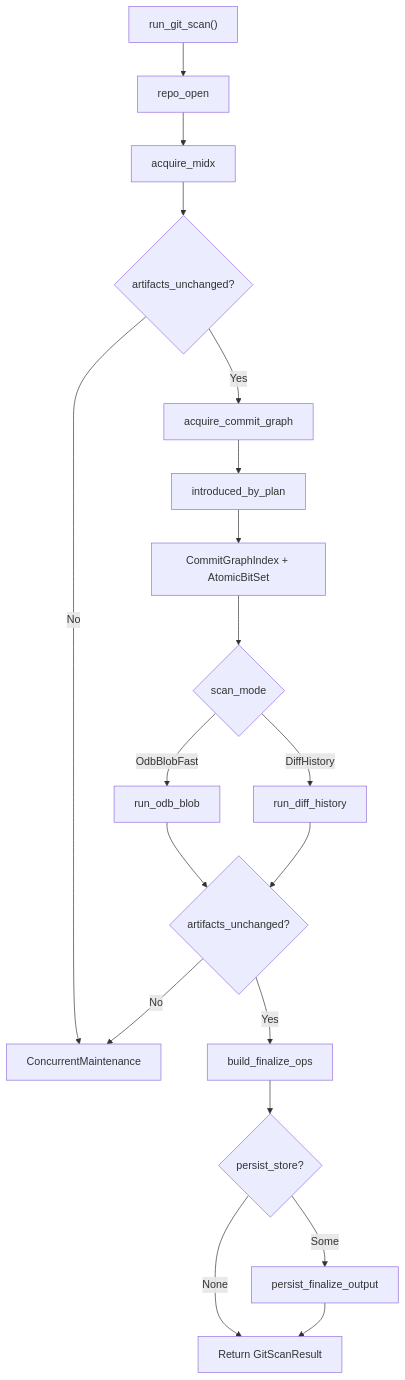
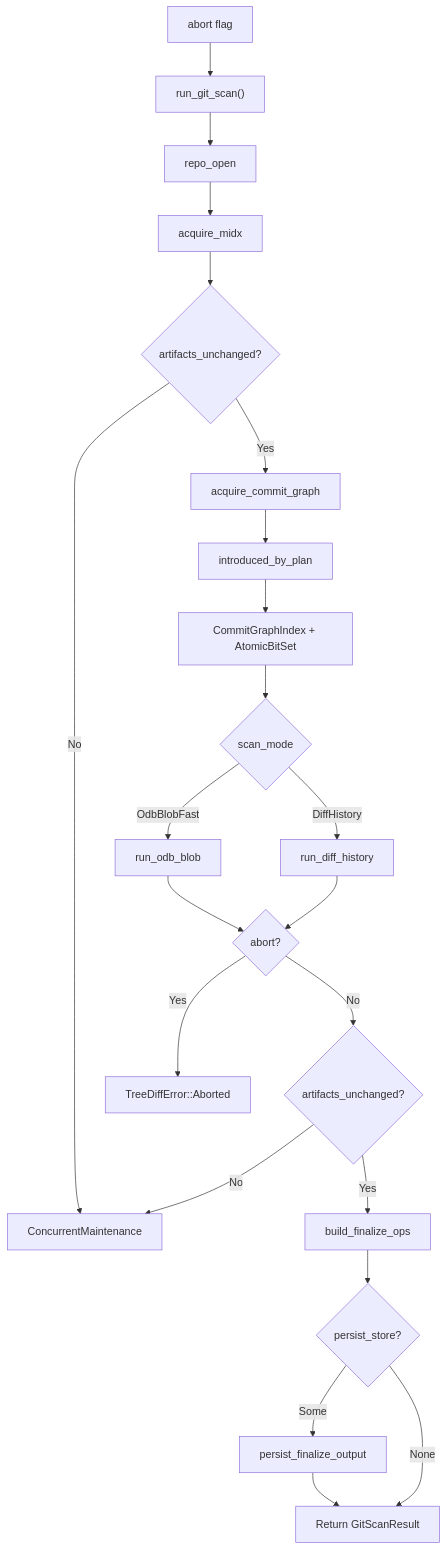
One commit to ahrav/Gossip-rs changed the diagram in docs/scanner-git/runner-orchestration.md. Above: the diagram before and after it, drawn with Mermaid. The commit also changed other lines of this file and 22 other files, not shown here.

````diff
--- a/docs/scanner-git/runner-orchestration.md
+++ b/docs/scanner-git/runner-orchestration.md
@@ -44,21 +46,24 @@
 ```mermaid
 flowchart TD
-    A["run_git_scan()"] --> B["repo_open"]
+    Cancel["abort flag"] --> A["run_git_scan()"]
+    A --> B["repo_open"]
     B --> C["acquire_midx"]
     C --> D{"artifacts_unchanged?"}
     D -- No --> ERR["ConcurrentMaintenance"]
     D -- Yes --> E["acquire_commit_graph"]
     E --> F["introduced_by_plan"]
     F --> G["CommitGraphIndex + AtomicBitSet"]
     G --> H{"scan_mode"}
     H -- OdbBlobFast --> I["run_odb_blob"]
     H -- DiffHistory --> J["run_diff_history"]
-    I --> K{"artifacts_unchanged?"}
-    J --> K
+    I --> X{"abort?"}
+    J --> X
+    X -- Yes --> ABORT["TreeDiffError::Aborted"]
+    X -- No --> K{"artifacts_unchanged?"}
     K -- No --> ERR
     K -- Yes --> L["build_finalize_ops"]
     L --> M{"persist_store?"}
     M -- Some --> N["persist_finalize_output"]
     M -- None --> O["Return GitScanResult"]
     N --> O
 ```
````
